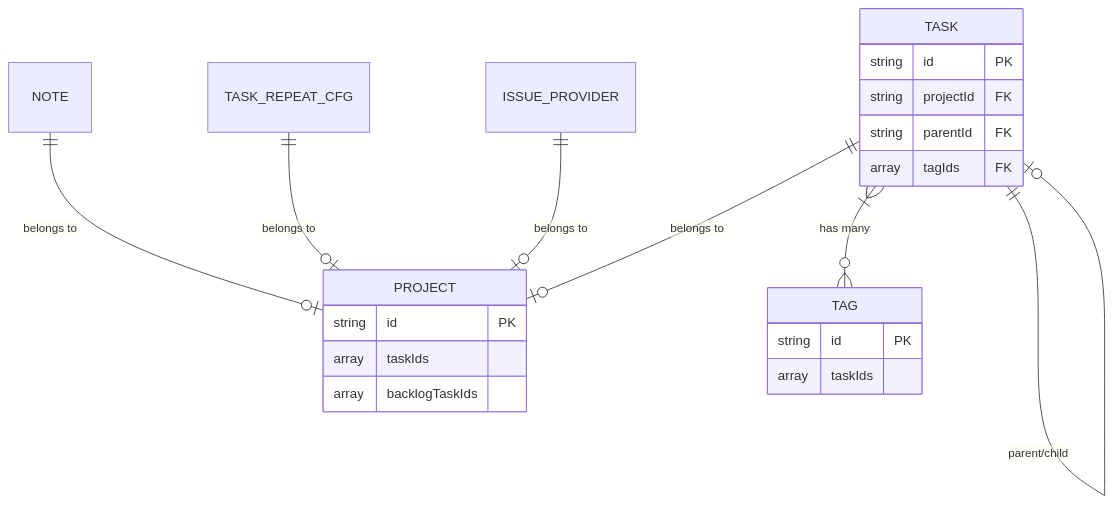
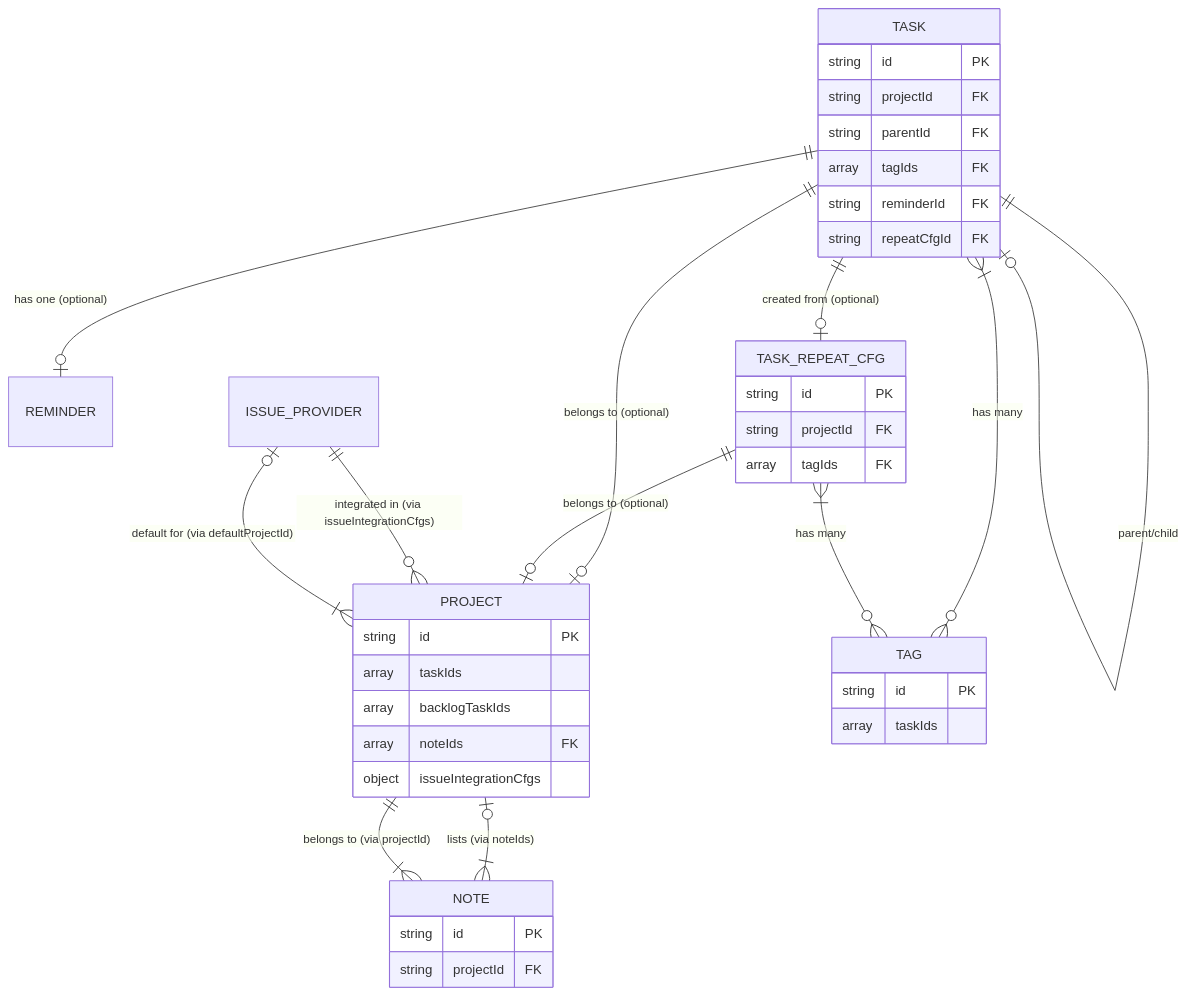
Before and after one commit to johannesjo/super-productivity: the third of 3 diagrams in docs/ai/operation-log-sync.md, drawn with Mermaid. The commit also changed other lines of this file and 1 other file, not shown here.

````diff
--- a/docs/ai/operation-log-sync.md
+++ b/docs/ai/operation-log-sync.md
@@ -556,25 +557,46 @@
 ```mermaid
 erDiagram
-    TASK ||--o| PROJECT : "belongs to"
+    TASK ||--o| PROJECT : "belongs to (optional)"
     TASK }|--o{ TAG : "has many"
     TASK ||--o| TASK : "parent/child"
-    NOTE ||--o| PROJECT : "belongs to"
-    TASK_REPEAT_CFG ||--o| PROJECT : "belongs to"
-    ISSUE_PROVIDER ||--o| PROJECT : "belongs to"
+    TASK ||--o| REMINDER : "has one (optional)"
+    TASK ||--o| TASK_REPEAT_CFG : "created from (optional)"
+
+    NOTE }|--|| PROJECT : "belongs to (via projectId)"
+    PROJECT |o--|{ NOTE : "lists (via noteIds)"
+
+    TASK_REPEAT_CFG ||--o| PROJECT : "belongs to (optional)"
+    TASK_REPEAT_CFG }|--o{ TAG : "has many"
+
+    ISSUE_PROVIDER ||--o{ PROJECT : "integrated in (via issueIntegrationCfgs)"
+    ISSUE_PROVIDER |o--|{ PROJECT : "default for (via defaultProjectId)"
 
     TASK {
         string id PK
         string projectId FK
         string parentId FK
         array tagIds FK
+        string reminderId FK
+        string repeatCfgId FK
     }
     PROJECT {
         string id PK
         array taskIds
         array backlogTaskIds
+        array noteIds FK
+        object issueIntegrationCfgs
     }
     TAG {
         string id PK
         array taskIds
     }
+    NOTE {
+        string id PK
+        string projectId FK
+    }
+    TASK_REPEAT_CFG {
+        string id PK
+        string projectId FK
+        array tagIds FK
+    }
 ```
````
